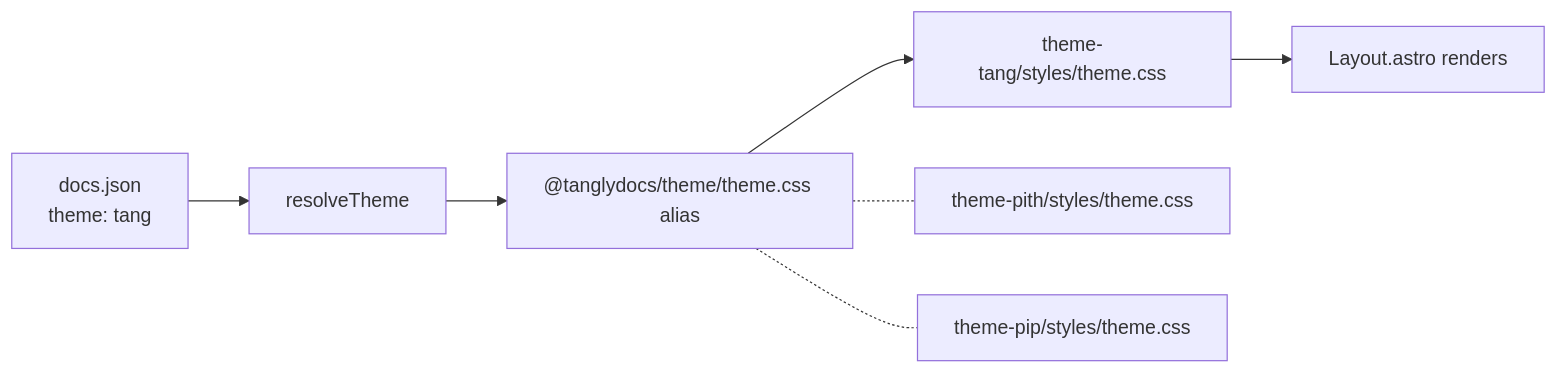
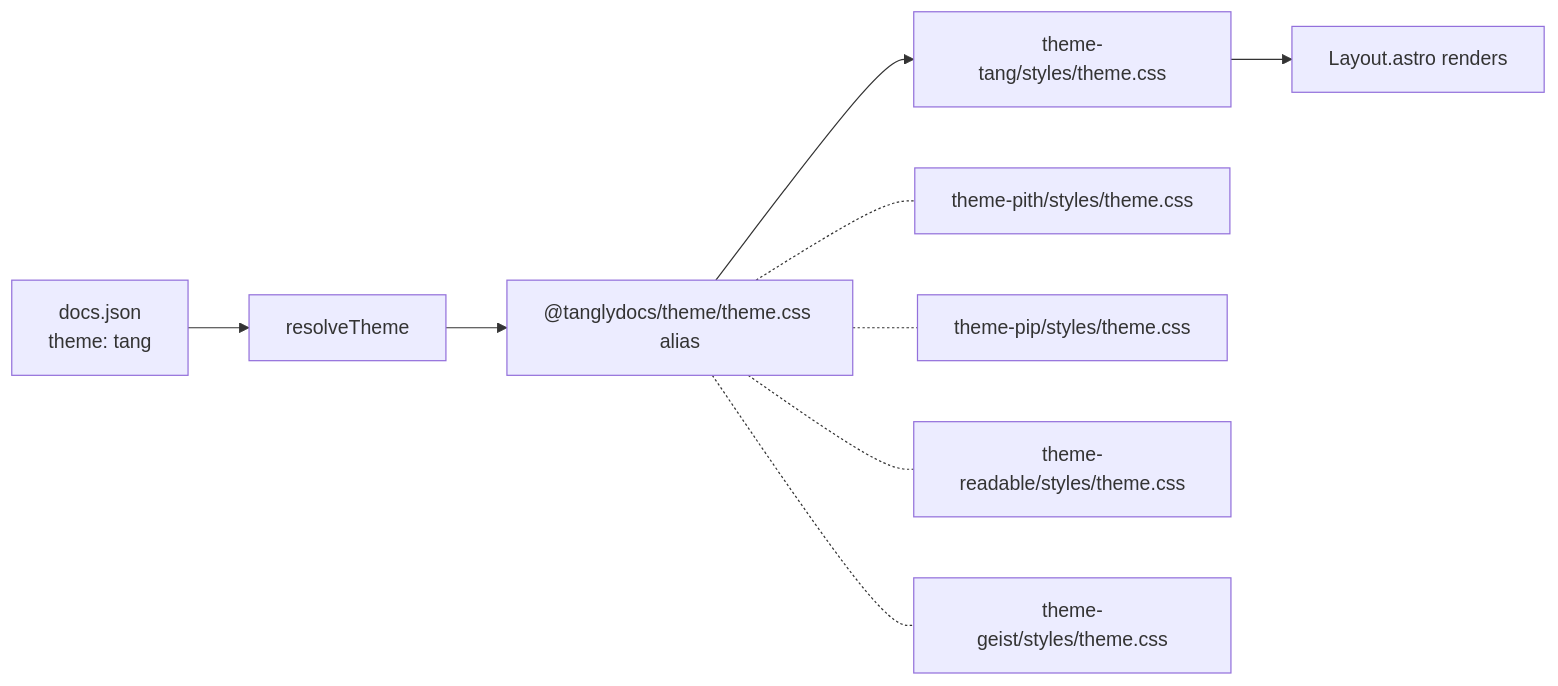
Before and after one commit to tanglydocs/tangly: the diagram in docs/reference/schema/themes.mdx, drawn with Mermaid. The commit also changed other lines of this file and 107 other files, not shown here.

````diff
--- a/docs/reference/schema/themes.mdx
+++ b/docs/reference/schema/themes.mdx
@@ -46,9 +51,11 @@
 ```mermaid
 flowchart LR
   C[docs.json<br/>theme: tang] --> R[resolveTheme]
   R --> A["@tanglydocs/theme/theme.css alias"]
   A --> T1[theme-tang/styles/theme.css]
   A -.- T2[theme-pith/styles/theme.css]
   A -.- T3[theme-pip/styles/theme.css]
+  A -.- T4[theme-readable/styles/theme.css]
+  A -.- T5[theme-geist/styles/theme.css]
   T1 --> L[Layout.astro renders]
 ```
````
